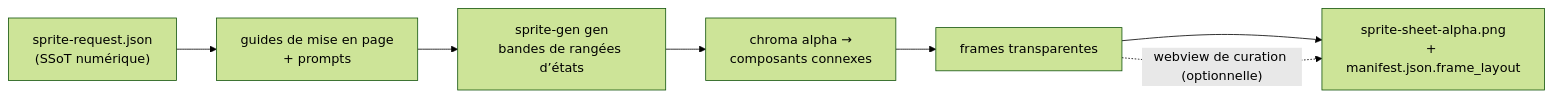
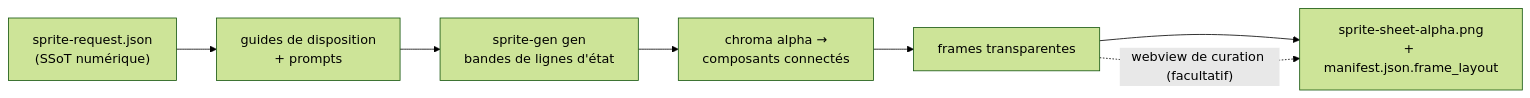
The diagram in README.fr.md (aldegad/sprite-gen), drawn with Mermaid (forest theme) before and after one commit. The commit also changed other lines of this file and 6 other files, not shown here.

````diff
--- a/README.fr.md
+++ b/README.fr.md
@@ -35,9 +35,9 @@
 ```mermaid
 flowchart LR
-    REQ["sprite-request.json<br/>(SSoT numérique)"] --> GUIDES["guides de mise en page<br/>+ prompts"]
-    GUIDES --> GEN["sprite-gen gen<br/>bandes de rangées d’états"]
-    GEN --> EXTRACT["chroma alpha →<br/>composants connexes"]
+    REQ["sprite-request.json<br/>(SSoT numérique)"] --> GUIDES["guides de disposition<br/>+ prompts"]
+    GUIDES --> GEN["sprite-gen gen<br/>bandes de lignes d'état"]
+    GEN --> EXTRACT["chroma alpha →<br/>composants connectés"]
     EXTRACT --> FRAMES["frames transparentes"]
     FRAMES --> ATLAS["sprite-sheet-alpha.png<br/>+ manifest.json.frame_layout"]
-    FRAMES -. "webview de curation (optionnelle)" .-> ATLAS
+    FRAMES -. "webview de curation (facultatif)" .-> ATLAS
 ```
````
